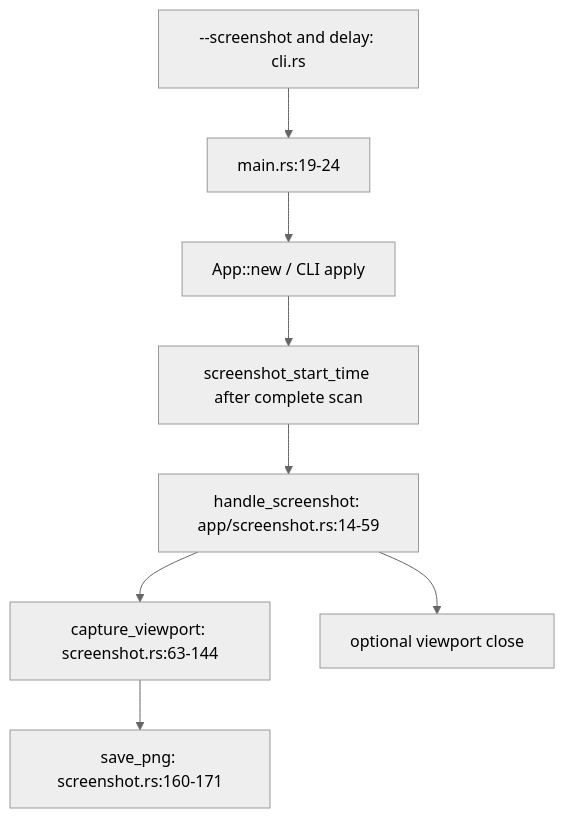
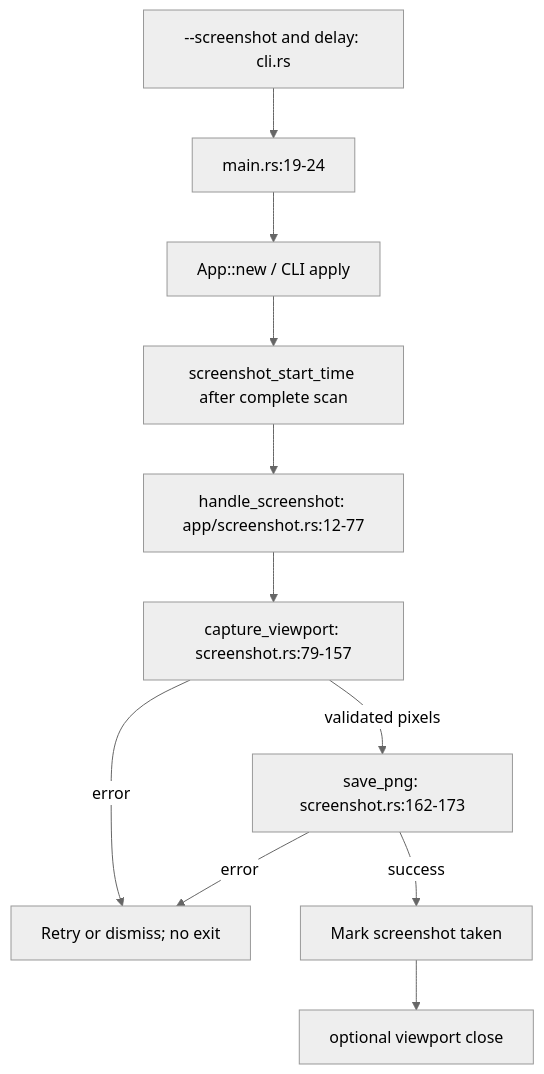
One commit to ssoj13/squarebob-rs changed the sixth of 7 diagrams in DIAGRAMS.md. Above: the diagram before and after it, drawn with Mermaid (neutral theme). The commit also changed other lines of this file and 26 other files, not shown here.

````diff
--- a/DIAGRAMS.md
+++ b/DIAGRAMS.md
@@ -101,10 +132,13 @@
 ```mermaid
 flowchart TD
     Args["--screenshot and delay: cli.rs"] --> Main["main.rs:19-24"]
     Main --> App["App::new / CLI apply"]
     App --> Timer["screenshot_start_time after complete scan"]
-    Timer --> Maybe["handle_screenshot: app/screenshot.rs:14-59"]
-    Maybe --> Capture["capture_viewport: screenshot.rs:63-144"]
-    Capture --> Save["save_png: screenshot.rs:160-171"]
-    Maybe --> Exit["optional viewport close"]
+    Timer --> Maybe["handle_screenshot: app/screenshot.rs:12-77"]
+    Maybe --> Capture["capture_viewport: screenshot.rs:79-157"]
+    Capture -->|validated pixels| Save["save_png: screenshot.rs:162-173"]
+    Capture -->|error| Failure["Retry or dismiss; no exit"]
+    Save -->|error| Failure
+    Save -->|success| Done["Mark screenshot taken"]
+    Done --> Exit["optional viewport close"]
 ```
````
